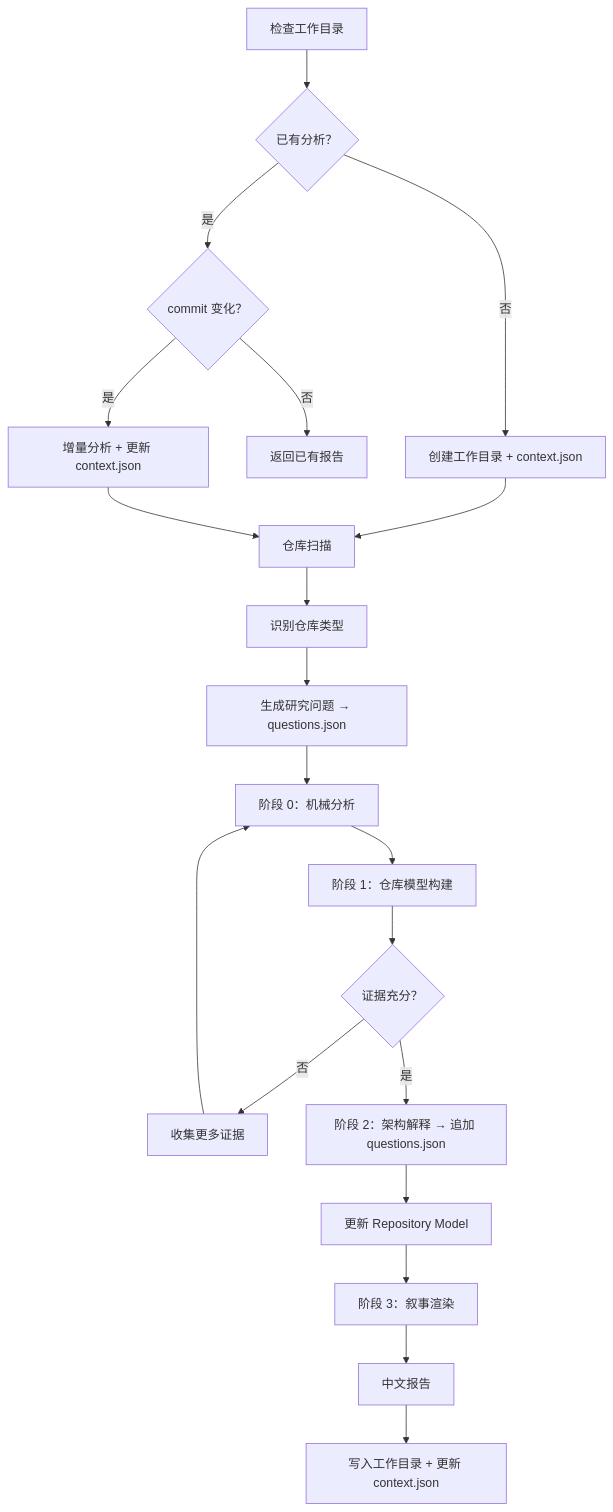
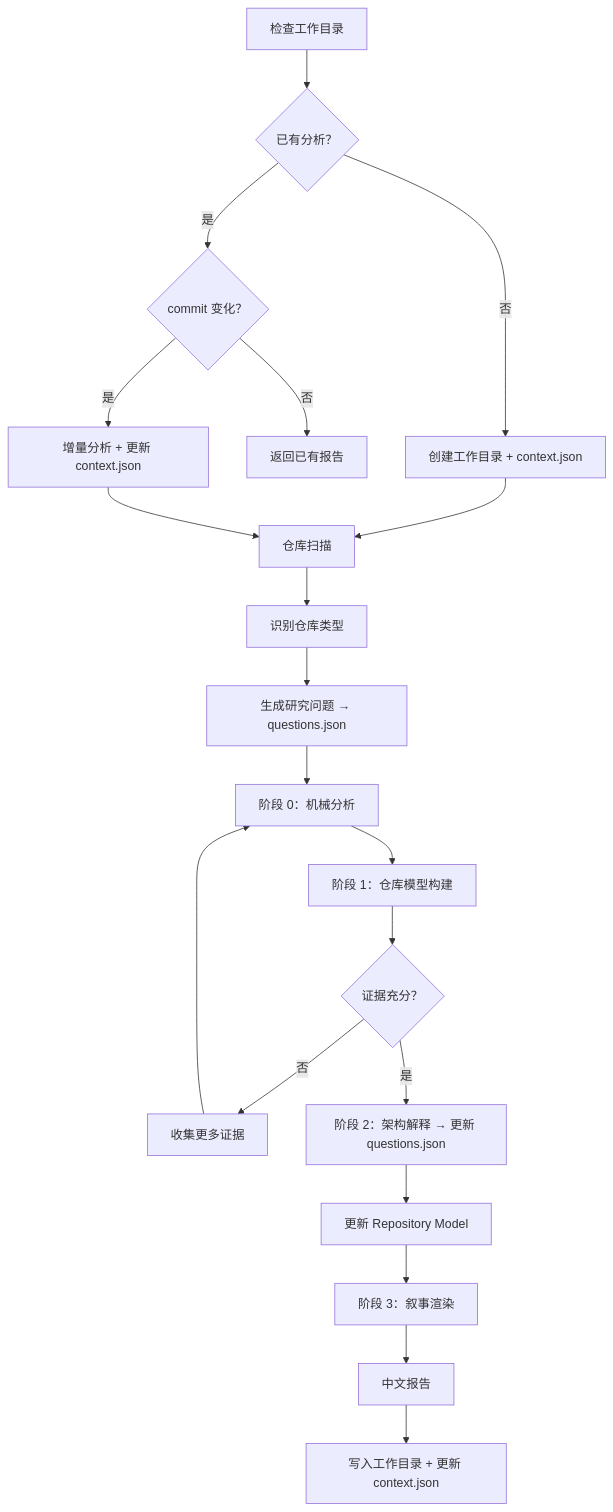
The first of 2 diagrams in .trae/skills/repo-research-v2/SKILL.md (devweekly/devweekly.github.io), drawn with Mermaid before and after one commit. The commit also changed other lines of this file and 1 other file, not shown here.

````diff
--- a/.trae/skills/repo-research-v2/SKILL.md
+++ b/.trae/skills/repo-research-v2/SKILL.md
@@ -191,22 +192,22 @@
 ```mermaid
 flowchart TD
     A[检查工作目录] --> B{已有分析？}
     B -- 否 --> C[创建工作目录 + context.json]
     B -- 是 --> D{commit 变化？}
     D -- 否 --> E[返回已有报告]
     D -- 是 --> F[增量分析 + 更新 context.json]
     C --> G[仓库扫描]
     F --> G
     G --> H[识别仓库类型]
     H --> I[生成研究问题 → questions.json]
     I --> J[阶段 0：机械分析]
     J --> K[阶段 1：仓库模型构建]
     K --> L{证据充分？}
     L -- 否 --> M[收集更多证据]
     M --> J
-    L -- 是 --> N[阶段 2：架构解释 → 追加 questions.json]
+    L -- 是 --> N[阶段 2：架构解释 → 更新 questions.json]
     N --> O[更新 Repository Model]
     O --> P[阶段 3：叙事渲染]
     P --> Q[中文报告]
     Q --> R[写入工作目录 + 更新 context.json]
 ```
````
